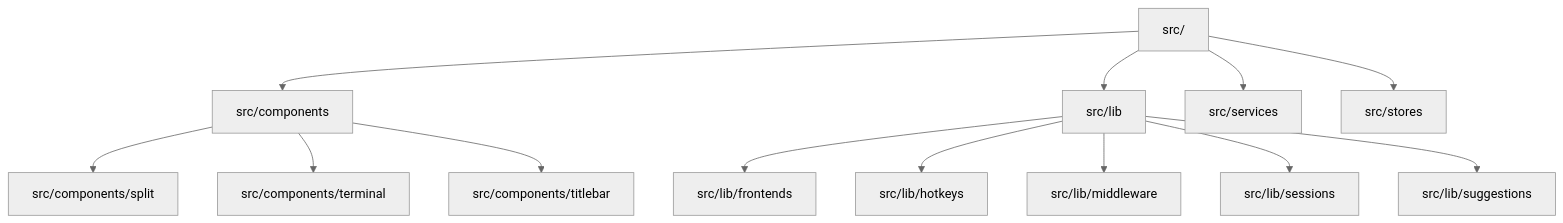
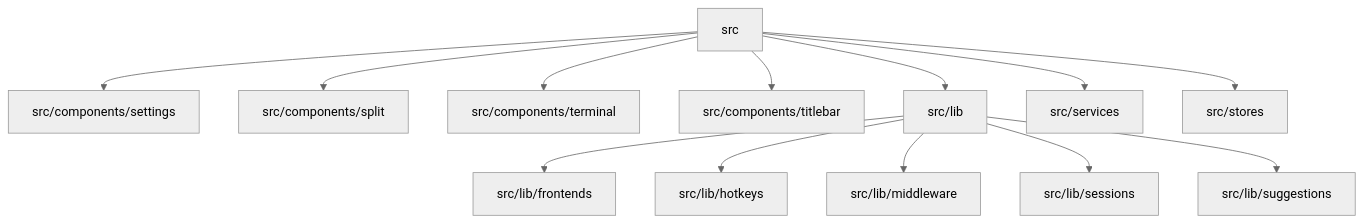
One commit to shawicx/scx-terminal changed the diagram in .wiki/05-guides/testing.md. Above: the diagram before and after it, drawn with Mermaid (neutral theme). The commit also changed other lines of this file and 36 other files, not shown here.

````diff
--- a/.wiki/05-guides/testing.md
+++ b/.wiki/05-guides/testing.md
@@ -39,15 +41,15 @@
 ```mermaid
 graph TD
-  SRC["src/"] --> C["src/components"]
-  SRC --> L["src/lib"]
-  SRC --> SV["src/services"]
-  SRC --> ST["src/stores"]
-  C --> C1["src/components/split"]
-  C --> C2["src/components/terminal"]
-  C --> C3["src/components/titlebar"]
-  L --> L1["src/lib/frontends"]
-  L --> L2["src/lib/hotkeys"]
-  L --> L3["src/lib/middleware"]
-  L --> L4["src/lib/sessions"]
-  L --> L5["src/lib/suggestions"]
+  SRC[src] --> A[src/components/settings]
+  SRC --> B[src/components/split]
+  SRC --> C[src/components/terminal]
+  SRC --> D[src/components/titlebar]
+  SRC --> E[src/lib]
+  SRC --> F[src/services]
+  SRC --> G[src/stores]
+  E --> E1[src/lib/frontends]
+  E --> E2[src/lib/hotkeys]
+  E --> E3[src/lib/middleware]
+  E --> E4[src/lib/sessions]
+  E --> E5[src/lib/suggestions]
 ```
````
